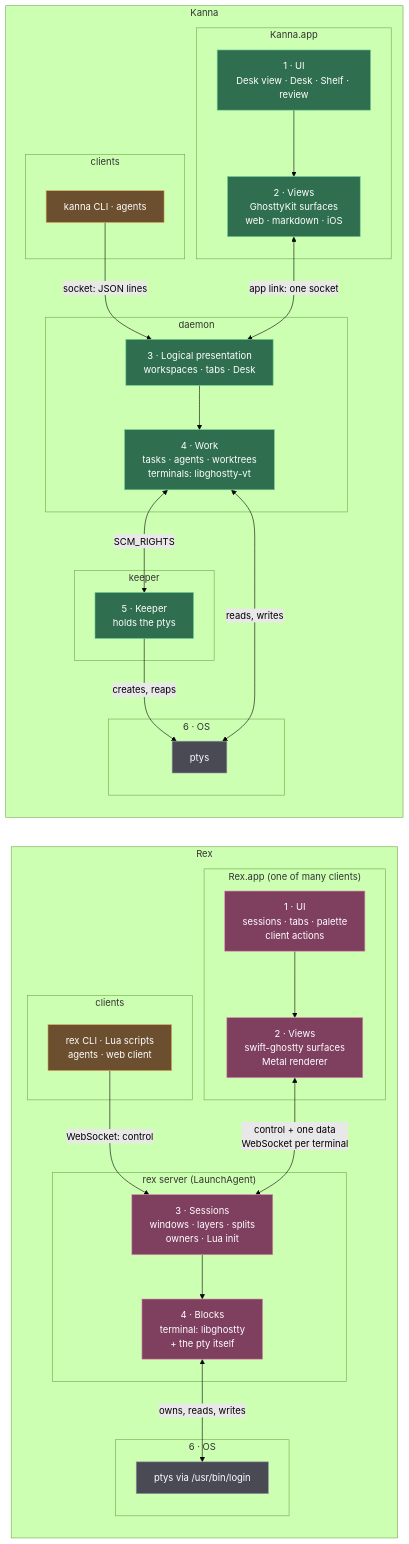
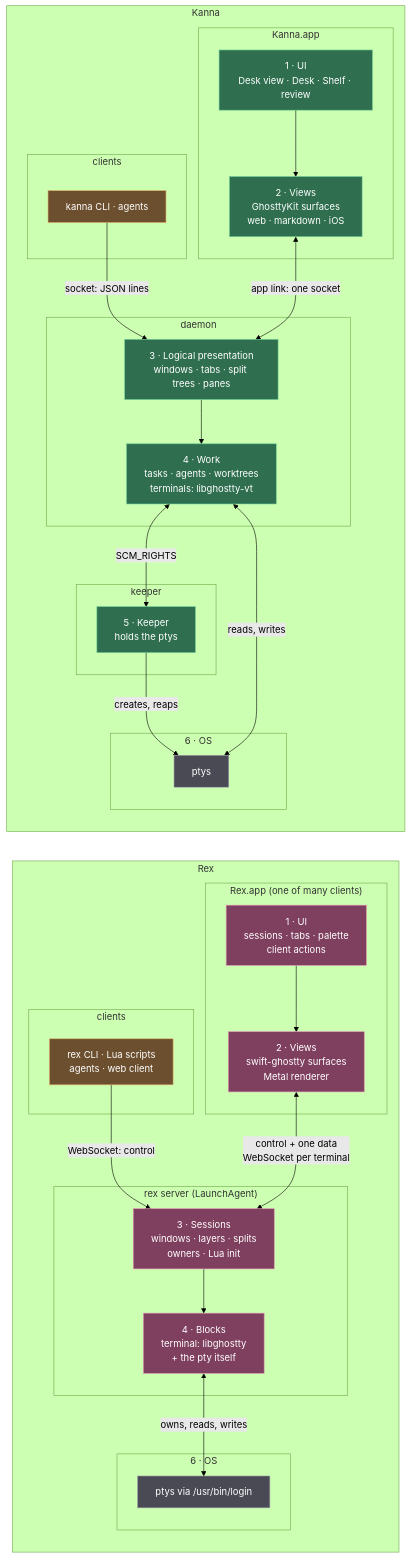
The third of 3 diagrams in docs/research/rex.md (tampopogk/kanna), drawn with Mermaid (forest theme) before and after one commit. The commit also changed other lines of this file, not shown here.

Commit message:
rex research: the layout comparison is against Kanna's kmux layer (windows, tabs, split trees, panes), not tasks

````diff
--- a/docs/research/rex.md
+++ b/docs/research/rex.md
@@ -148,60 +148,60 @@
 ```mermaid
 flowchart LR
     subgraph REX["Rex"]
         direction TB
         subgraph RCL["clients"]
             RCLI["rex CLI · Lua scripts<br/>agents · web client"]
         end
         subgraph RAPP["Rex.app (one of many clients)"]
             R1["1 · UI<br/>sessions · tabs · palette<br/>client actions"]
             R2["2 · Views<br/>swift-ghostty surfaces<br/>Metal renderer"]
         end
         subgraph RSRV["rex server (LaunchAgent)"]
             R3["3 · Sessions<br/>windows · layers · splits<br/>owners · Lua init"]
             R4["4 · Blocks<br/>terminal: libghostty<br/>+ the pty itself"]
         end
         subgraph ROS["6 · OS"]
             RPTY["ptys via /usr/bin/login"]
         end
         RCLI -->|"WebSocket: control"| R3
         R2 <-->|"control + one data<br/>WebSocket per terminal"| R3
         R3 --> R4
         R4 <-->|"owns, reads, writes"| RPTY
         R1 --> R2
     end
     subgraph KAN["Kanna"]
         direction TB
         subgraph KCL["clients"]
             KCLI["kanna CLI · agents"]
         end
         subgraph KAPP["Kanna.app"]
             K1["1 · UI<br/>Desk view · Desk · Shelf · review"]
             K2["2 · Views<br/>GhosttyKit surfaces<br/>web · markdown · iOS"]
         end
         subgraph KD["daemon"]
-            K3["3 · Logical presentation<br/>workspaces · tabs · Desk"]
+            K3["3 · Logical presentation<br/>windows · tabs · split trees · panes"]
             K4["4 · Work<br/>tasks · agents · worktrees<br/>terminals: libghostty-vt"]
         end
         subgraph KK["keeper"]
             K5["5 · Keeper<br/>holds the ptys"]
         end
         subgraph KOS["6 · OS"]
             KPTY["ptys"]
         end
         KCLI -->|"socket: JSON lines"| K3
         K2 <-->|"app link: one socket"| K3
         K3 --> K4
         K4 <-->|"SCM_RIGHTS"| K5
         K5 -->|"creates, reaps"| KPTY
         K4 <-->|"reads, writes"| KPTY
         K1 --> K2
     end
     classDef rex fill:#7f3f5f,stroke:#e08fb0,color:#ffffff
     classDef kanna fill:#2f6f4f,stroke:#6fcf97,color:#ffffff
     classDef os fill:#4a4a55,stroke:#9a9aa8,color:#ffffff
     classDef client fill:#6b4f2f,stroke:#e0a960,color:#ffffff
     class R1,R2,R3,R4 rex
     class K1,K2,K3,K4,K5 kanna
     class RPTY,KPTY os
     class RCLI,KCLI client
 ```
````
